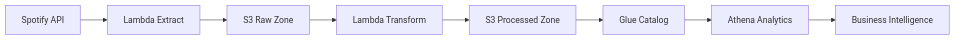
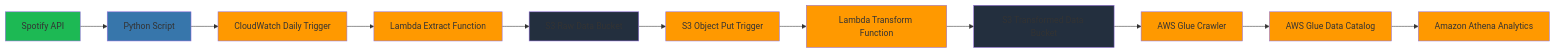
One commit to Basanth08/Spotify-DataPipeline-Project changed the diagram in README.md. Above: the diagram before and after it, drawn with Mermaid. The commit also changed other lines of this file and 2 other files, not shown here.

````diff
--- a/README.md
+++ b/README.md
@@ -38,10 +63,25 @@
 ```mermaid
 graph LR
-    A[Spotify API] --> B[Lambda Extract]
-    B --> C[S3 Raw Zone]
-    C --> D[Lambda Transform]
-    D --> E[S3 Processed Zone]
-    E --> F[Glue Catalog]
-    F --> G[Athena Analytics]
-    G --> H[Business Intelligence]
+    A[Spotify API] --> B[Python Script]
+    B --> C[CloudWatch Daily Trigger]
+    C --> D[Lambda Extract Function]
+    D --> E[S3 Raw Data Bucket]
+    E --> F[S3 Object Put Trigger]
+    F --> G[Lambda Transform Function]
+    G --> H[S3 Transformed Data Bucket]
+    H --> I[AWS Glue Crawler]
+    I --> J[AWS Glue Data Catalog]
+    J --> K[Amazon Athena Analytics]
+    
+    style A fill:#1DB954
+    style B fill:#3776AB
+    style C fill:#FF9900
+    style D fill:#FF9900
+    style E fill:#232F3E
+    style F fill:#FF9900
+    style G fill:#FF9900
+    style H fill:#232F3E
+    style I fill:#FF9900
+    style J fill:#FF9900
+    style K fill:#FF9900
 ```
````
